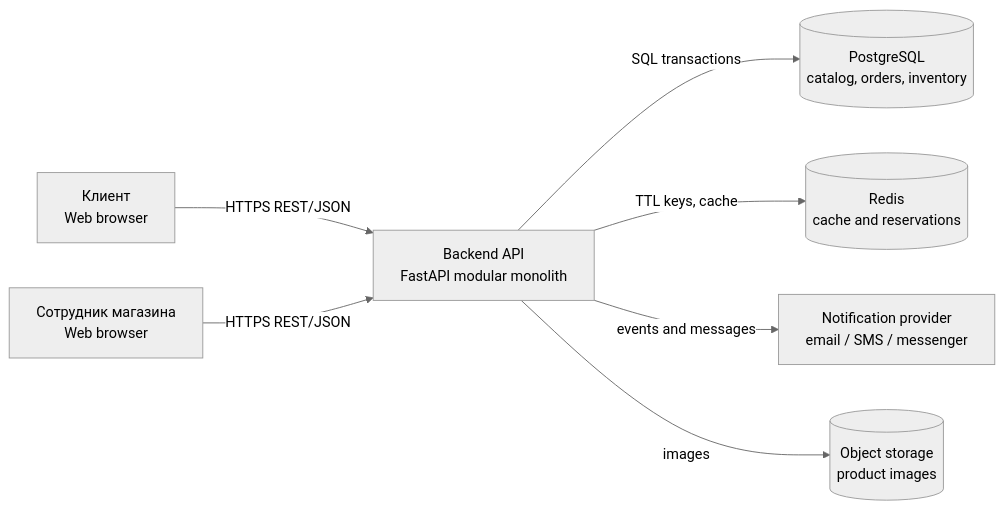
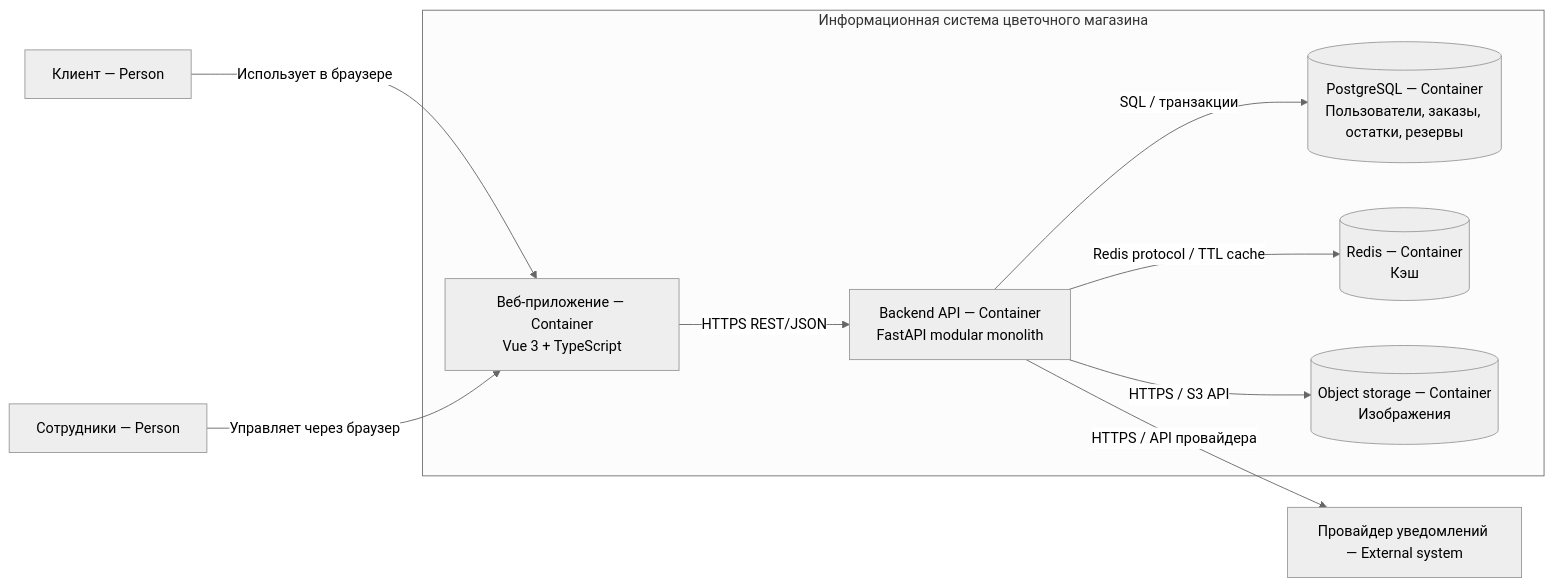
One commit to ShamarBey/flower-shop-system changed the diagram in ARCHITECTURE.md. Above: the diagram before and after it, drawn with Mermaid (neutral theme). The commit also changed other lines of this file and 19 other files, not shown here.

Commit message:
docs: correct lab diagrams and verify OpenAPI preview

````diff
--- a/ARCHITECTURE.md
+++ b/ARCHITECTURE.md
@@ -114,17 +118,20 @@
 ```mermaid
 flowchart LR
-    Client[Клиент<br/>Web browser]
-    Staff[Сотрудник магазина<br/>Web browser]
-    API[Backend API<br/>FastAPI modular monolith]
-    DB[(PostgreSQL<br/>catalog, orders, inventory)]
-    Redis[(Redis<br/>cache and reservations)]
-    Notify[Notification provider<br/>email / SMS / messenger]
-    Storage[(Object storage<br/>product images)]
-
-    Client -->|HTTPS REST/JSON| API
-    Staff -->|HTTPS REST/JSON| API
-    API -->|SQL transactions| DB
-    API -->|TTL keys, cache| Redis
-    API -->|events and messages| Notify
-    API -->|images| Storage
+    Client[Клиент — Person]
+    Staff[Сотрудники — Person]
+    Notify[Провайдер уведомлений — External system]
+    subgraph System[Информационная система цветочного магазина]
+      Web[Веб-приложение — Container<br/>Vue 3 + TypeScript]
+      API[Backend API — Container<br/>FastAPI modular monolith]
+      DB[(PostgreSQL — Container<br/>Пользователи, заказы, остатки, резервы)]
+      Redis[(Redis — Container<br/>Кэш)]
+      Storage[(Object storage — Container<br/>Изображения)]
+      Web -->|HTTPS REST/JSON| API
+      API -->|SQL / транзакции| DB
+      API -->|Redis protocol / TTL cache| Redis
+      API -->|HTTPS / S3 API| Storage
+    end
+    Client -->|Использует в браузере| Web
+    Staff -->|Управляет через браузер| Web
+    API -->|HTTPS / API провайдера| Notify
 ```
````
